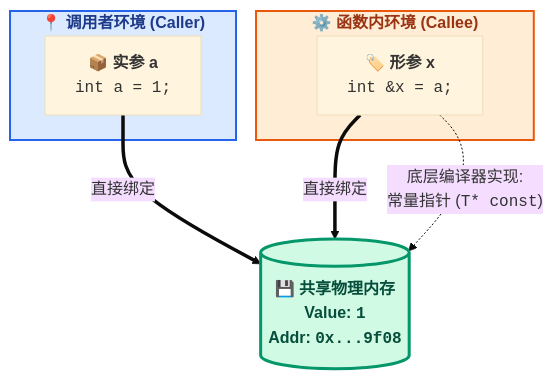
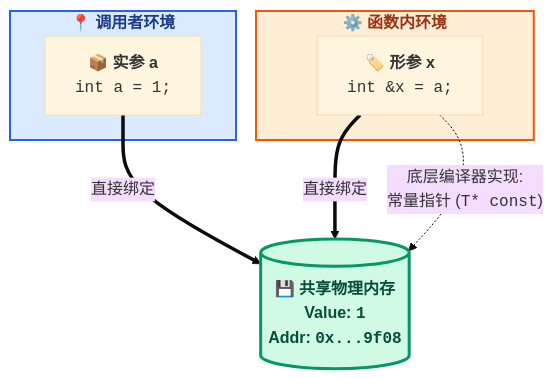
One commit to dmjcb/dmjcb.github.io changed the fourth of 4 diagrams in _posts/c_c++/2024-12-23-function.md. Above: the diagram before and after it, drawn with Mermaid (base theme). The commit also changed other lines of this file and 8 other files, not shown here.

````diff
--- a/_posts/c_c++/2024-12-23-function.md
+++ b/_posts/c_c++/2024-12-23-function.md
@@ -295,26 +290,26 @@
 ```mermaid
 flowchart TD
     %% 样式定义
     classDef argMain fill:#dbeafe,stroke:#2563eb,stroke-width:2px,color:#1e3a8a,font-weight:bold;
     classDef paramMain fill:#ffedd5,stroke:#ea580c,stroke-width:2px,color:#9a3412,font-weight:bold;
     classDef sharedNode fill:#d1fae5,stroke:#059669,stroke-width:3px,color:#064e3b,font-weight:bold;
 
-    subgraph ArgEnv ["📍 调用者环境 (Caller)"]
+    subgraph ArgEnv ["📍 调用者环境"]
         ArgA["📦 <b>实参 a</b><br/><code>int a = 1;</code>"]
     end
 
-    subgraph ParamEnv ["⚙️ 函数内环境 (Callee)"]
+    subgraph ParamEnv ["⚙️ 函数内环境"]
         ParamX["🏷️ <b>形参 x</b><br/><code>int &x = a;</code>"]
     end
 
     SharedMem[("💾 <b>共享物理内存</b><br/><b>Value:</b> <code>1</code><br/><b>Addr:</b> <code>0x...9f08</code>")]
 
     ArgA ==>|"直接绑定"| SharedMem
     ParamX ==>|"直接绑定"| SharedMem
     
     ParamX -. "底层编译器实现:<br/>常量指针 (<code>T* const</code>)" .-> SharedMem
     
     class ArgEnv argMain;
     class ParamEnv paramMain;
     class SharedMem sharedNode;
 ```
````
